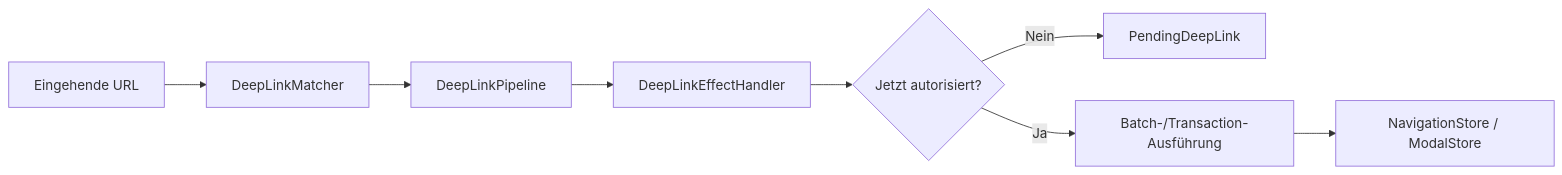
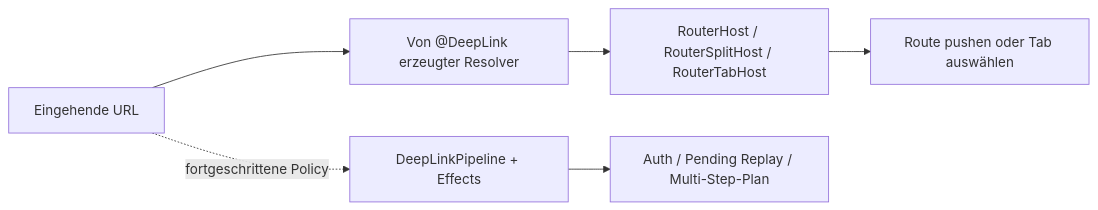
Before and after one commit to InnoSquadCorp/InnoRouter: the second of 2 diagrams in README.de.md, drawn with Mermaid. The commit also changed other lines of this file and 9 other files, not shown here.

````diff
--- a/README.de.md
+++ b/README.de.md
@@ -330,10 +417,8 @@
 ```mermaid
 flowchart LR
-    URL["Eingehende URL"] --> Match["DeepLinkMatcher"]
-    Match --> Plan["DeepLinkPipeline"]
-    Plan --> Effect["DeepLinkEffectHandler"]
-    Effect --> Decision{"Jetzt autorisiert?"}
-    Decision -->|"Nein"| Pending["PendingDeepLink"]
-    Decision -->|"Ja"| Execute["Batch-/Transaction-Ausführung"]
-    Execute --> Store["NavigationStore / ModalStore"]
+    URL["Eingehende URL"] --> Resolve["Von @DeepLink erzeugter Resolver"]
+    Resolve --> Host["RouterHost / RouterSplitHost / RouterTabHost"]
+    Host --> Route["Route pushen oder Tab auswählen"]
+    URL -.->|"fortgeschrittene Policy"| Pipeline["DeepLinkPipeline + Effects"]
+    Pipeline --> Pending["Auth / Pending Replay / Multi-Step-Plan"]
 ```
````
